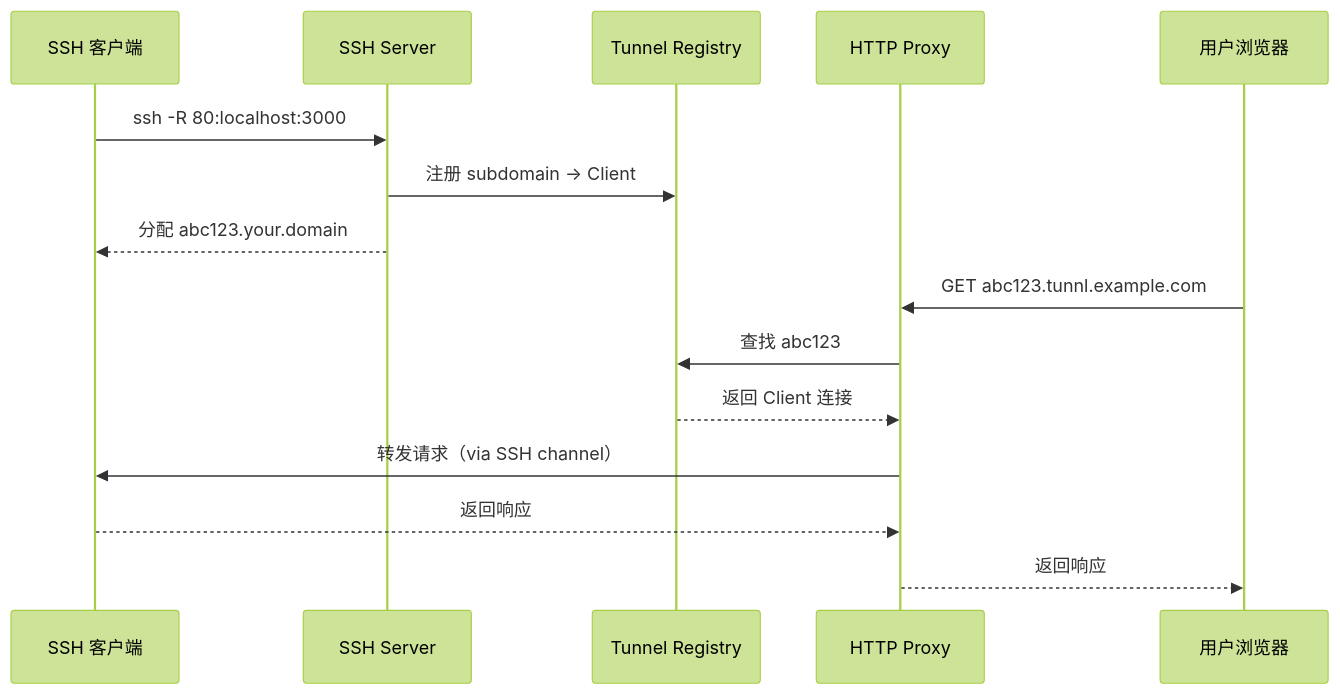
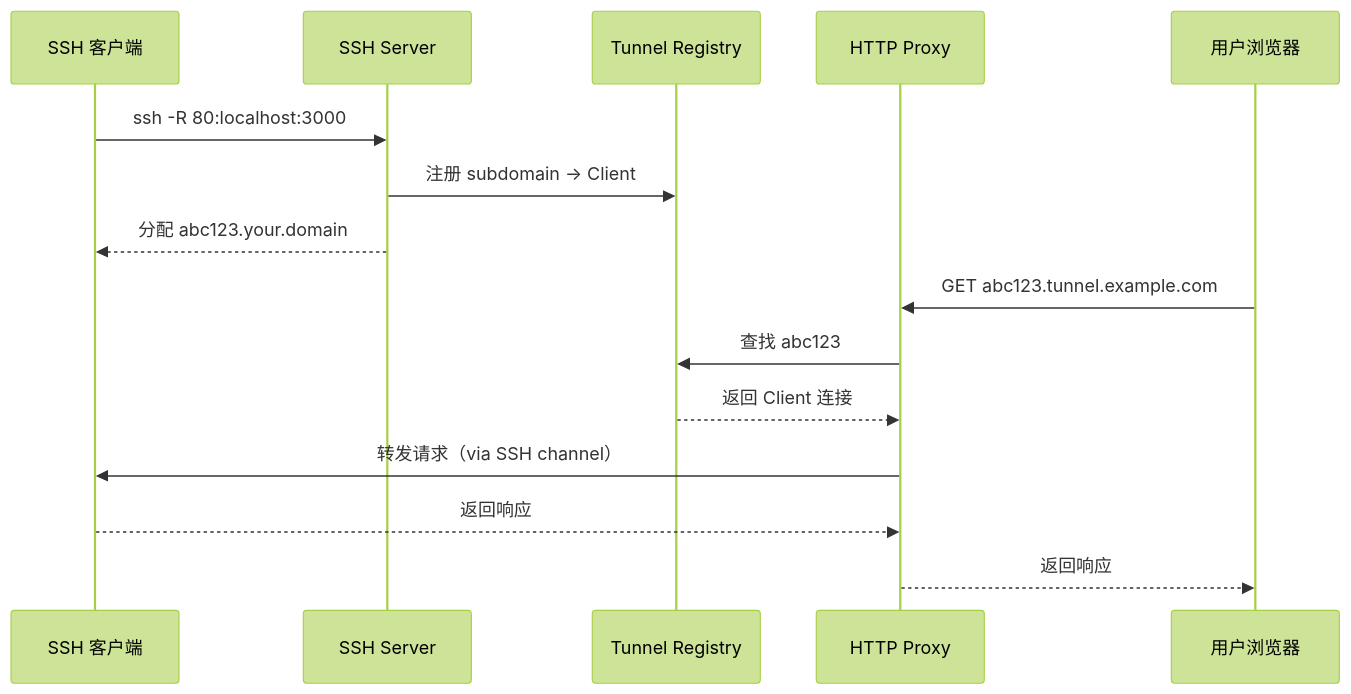
The second of 3 diagrams in apps/docs/content/docs/architecture.cn.mdx (ZingerLittleBee/EXLO), drawn with Mermaid (forest theme) before and after one commit. The commit also changed 45 other files, not shown here.

Commit message:
refactor: Rename `tunnl` to `tunnel` across all files for consistency in naming convention

````diff
--- a/apps/docs/content/docs/architecture.cn.mdx
+++ b/apps/docs/content/docs/architecture.cn.mdx
@@ -62,19 +62,19 @@
 ```mermaid
 sequenceDiagram
     participant Client as SSH 客户端
     participant SSH as SSH Server
     participant Registry as Tunnel Registry
     participant Proxy as HTTP Proxy
     participant User as 用户浏览器
 
     Client->>SSH: ssh -R 80:localhost:3000
     SSH->>Registry: 注册 subdomain → Client
     SSH-->>Client: 分配 abc123.your.domain
 
-    User->>Proxy: GET abc123.tunnl.example.com
+    User->>Proxy: GET abc123.tunnel.example.com
     Proxy->>Registry: 查找 abc123
     Registry-->>Proxy: 返回 Client 连接
     Proxy->>Client: 转发请求（via SSH channel）
     Client-->>Proxy: 返回响应
     Proxy-->>User: 返回响应
 ```
````
